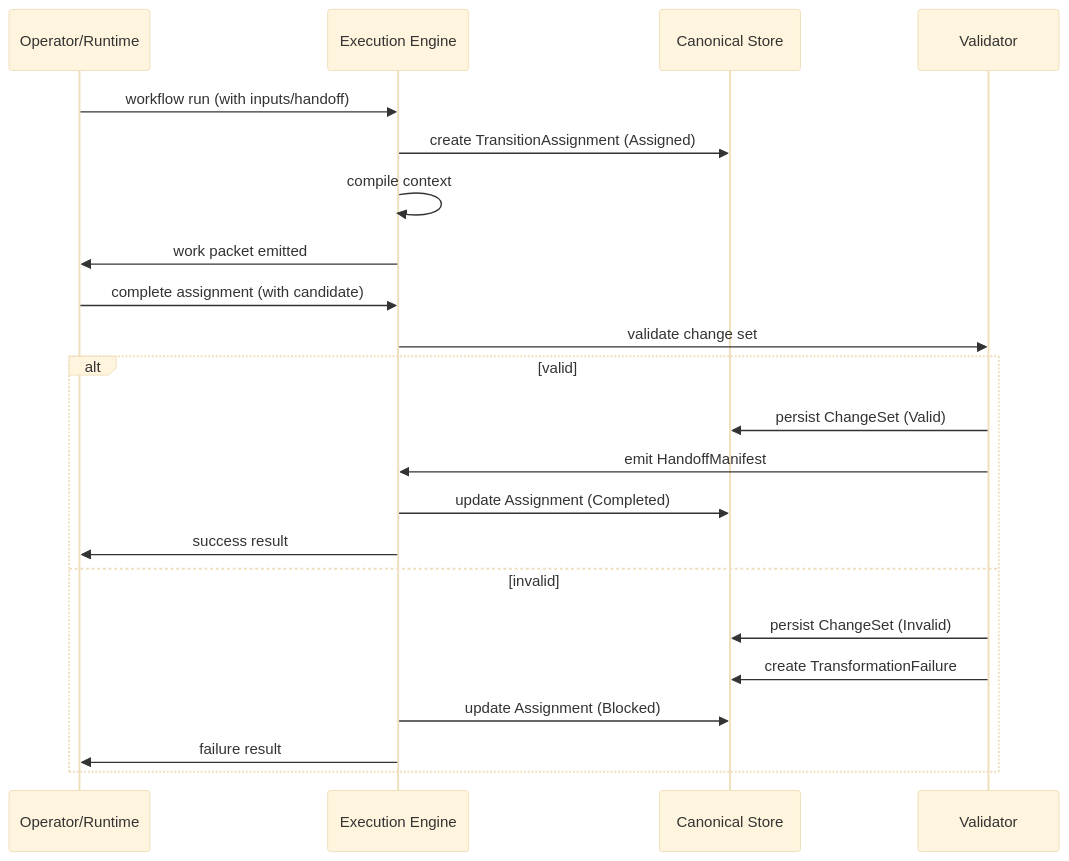
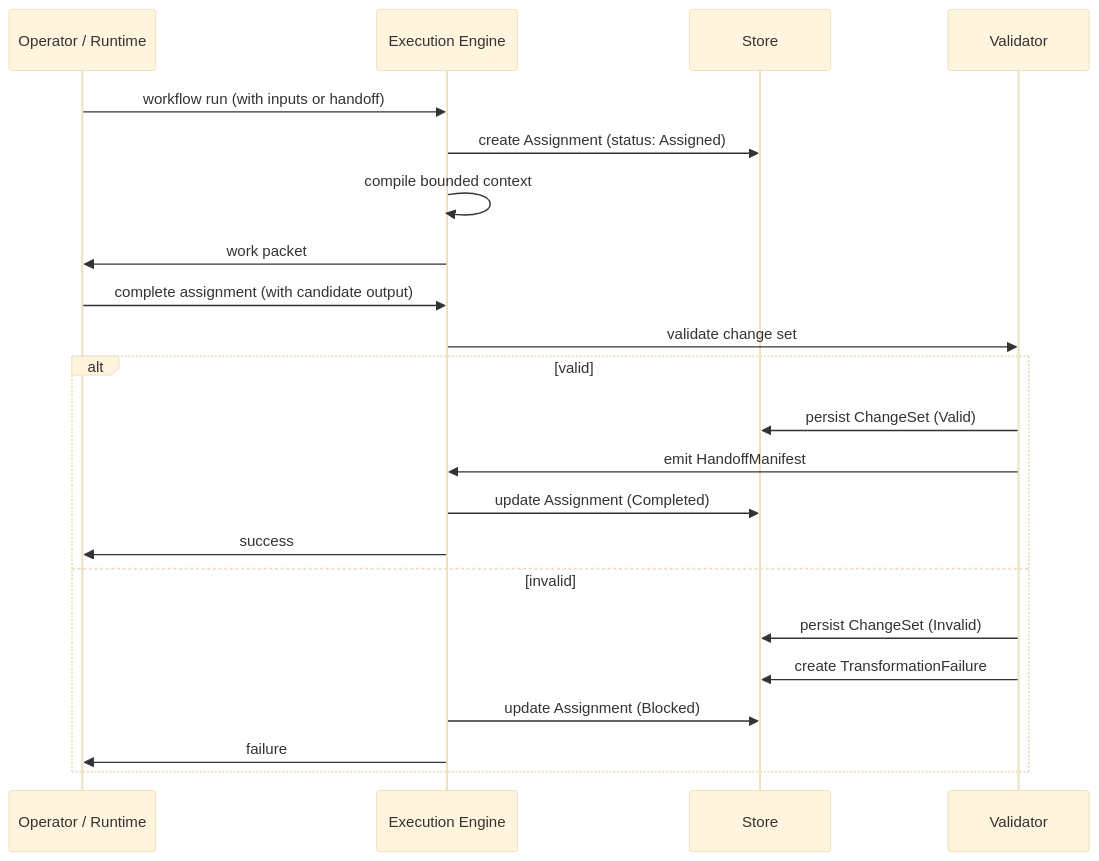
The diagram in docs/concepts/staged-execution.md (Mikhail-Shakhnazarov/earmark-kernel), drawn with Mermaid (base theme) before and after one commit. The commit also changed other lines of this file and 61 other files, not shown here.

````diff
--- a/docs/concepts/staged-execution.md
+++ b/docs/concepts/staged-execution.md
@@ -11,25 +11,25 @@
 ```mermaid
 sequenceDiagram
-    participant O as Operator/Runtime
+    participant O as Operator / Runtime
     participant E as Execution Engine
-    participant S as Canonical Store
+    participant S as Store
     participant V as Validator
 
-    O->>E: workflow run (with inputs/handoff)
-    E->>S: create TransitionAssignment (Assigned)
-    E->>E: compile context
-    E->>O: work packet emitted
-    O->>E: complete assignment (with candidate)
+    O->>E: workflow run (with inputs or handoff)
+    E->>S: create Assignment (status: Assigned)
+    E->>E: compile bounded context
+    E->>O: work packet
+    O->>E: complete assignment (with candidate output)
     E->>V: validate change set
     alt valid
         V->>S: persist ChangeSet (Valid)
         V->>E: emit HandoffManifest
         E->>S: update Assignment (Completed)
-        E->>O: success result
+        E->>O: success
     else invalid
         V->>S: persist ChangeSet (Invalid)
         V->>S: create TransformationFailure
         E->>S: update Assignment (Blocked)
-        E->>O: failure result
+        E->>O: failure
     end
 ```
````
